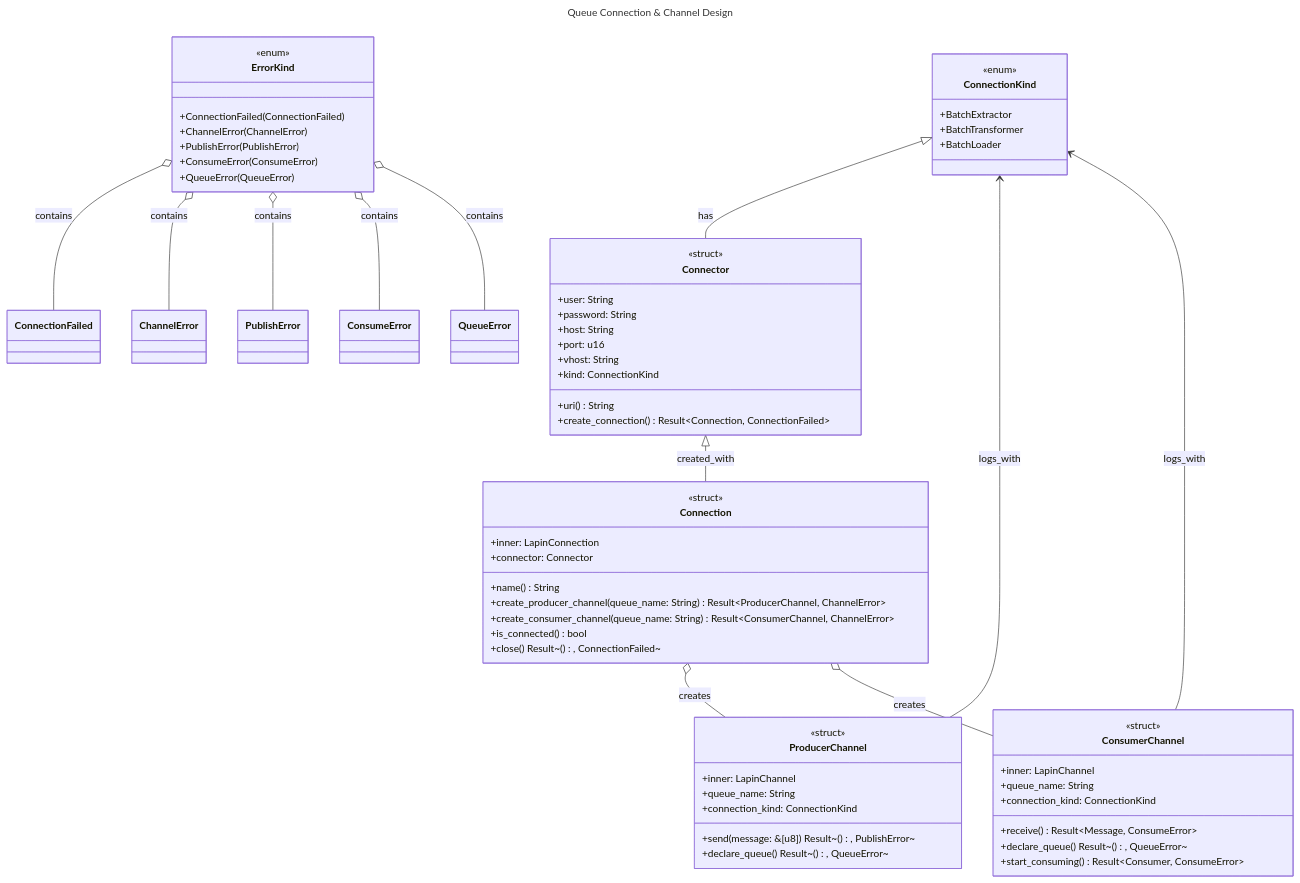
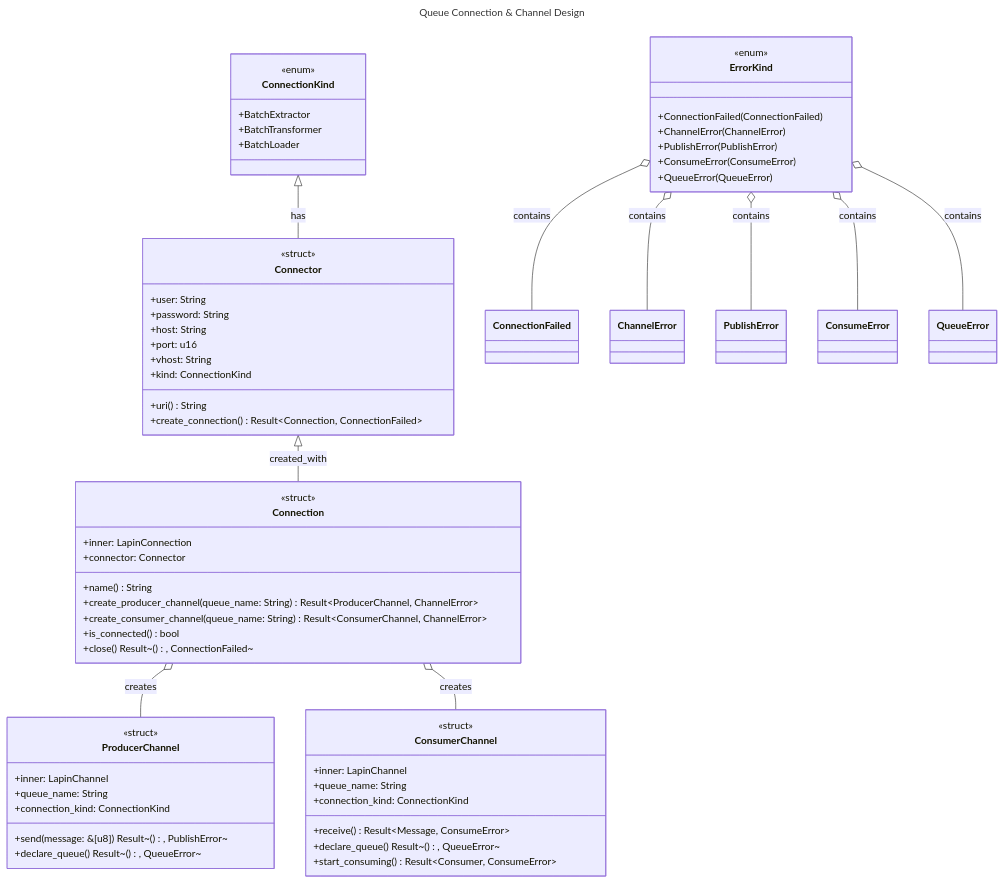
The diagram in utils/design/uml_class_diagram/queue.md (ironcapitaleu/arkad), drawn with Mermaid before and after one commit.

Commit message:
design(utils): remove unnecessary relationships in class diagram for `queue`

```diff
--- a/utils/design/uml_class_diagram/queue.md
+++ b/utils/design/uml_class_diagram/queue.md
@@ -77,8 +77,6 @@
     Connector <|-- Connection : created_with
     Connection o-- ProducerChannel : creates
     Connection o-- ConsumerChannel : creates
-    ProducerChannel --> ConnectionKind : logs_with
-    ConsumerChannel --> ConnectionKind : logs_with
     ErrorKind o-- ConnectionFailed : contains
     ErrorKind o-- ChannelError : contains
     ErrorKind o-- PublishError : contains
```
